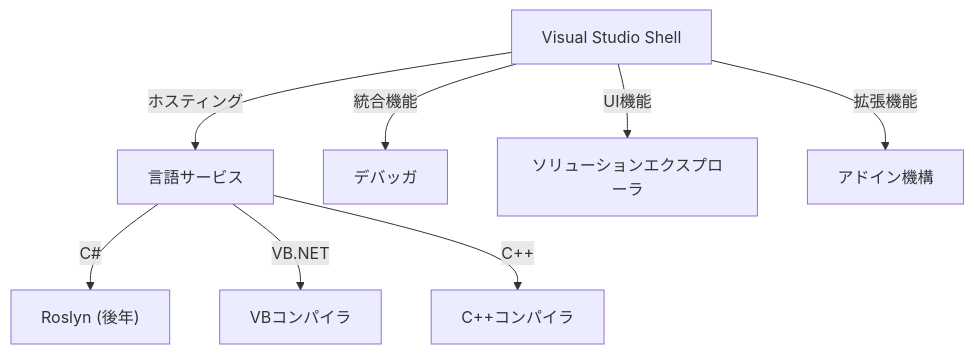
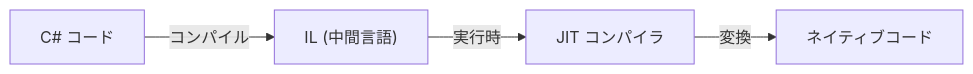
The second of 2 diagrams in content/post/history-of-visual-studio/index.md (kenjinote/blog), drawn with Mermaid before and after one commit. The commit also changed other lines of this file and 129 other files, not shown here.

````diff
--- a/content/post/history-of-visual-studio/index.md
+++ b/content/post/history-of-visual-studio/index.md
@@ -85,11 +51,6 @@
 ```mermaid
-graph TD
-    A["Visual Studio Shell"] -- "ホスティング" --> B["言語サービス"]
-    B -- "C#" --> C["Roslyn (後年)"]
-    B -- "VB.NET" --> D["VBコンパイラ"]
-    B -- "C++" --> E["C++コンパイラ"]
-    
-    A -- "統合機能" --> F["デバッガ"]
-    A -- "UI機能" --> G["ソリューションエクスプローラ"]
-    A -- "拡張機能" --> H["アドイン機構"]
+graph LR
+    A["C# コード"] -- "コンパイル" --> B["IL (中間言語)"]
+    B -- "実行時" --> C["JIT コンパイラ"]
+    C -- "変換" --> D["ネイティブコード"]
 ```
````
